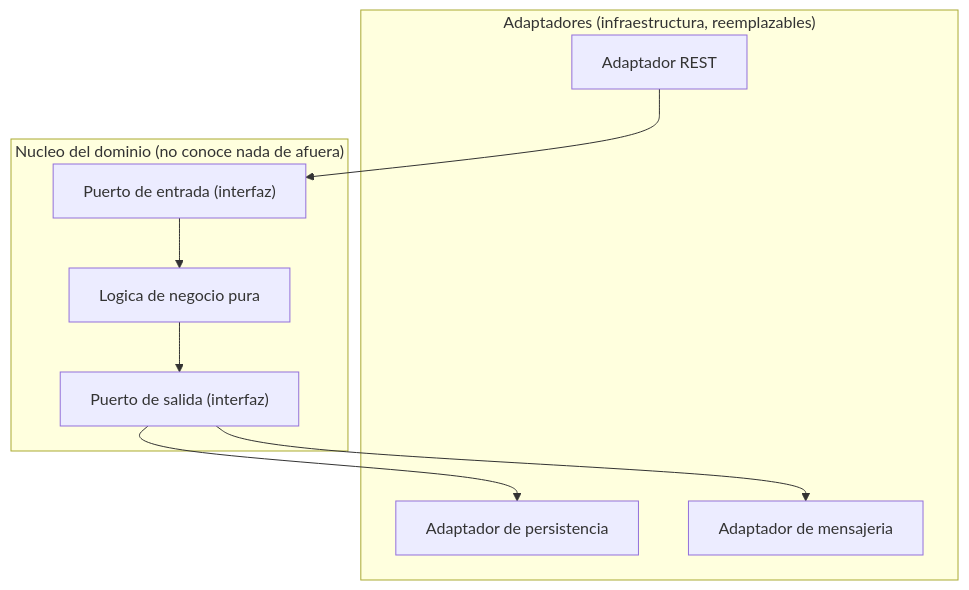
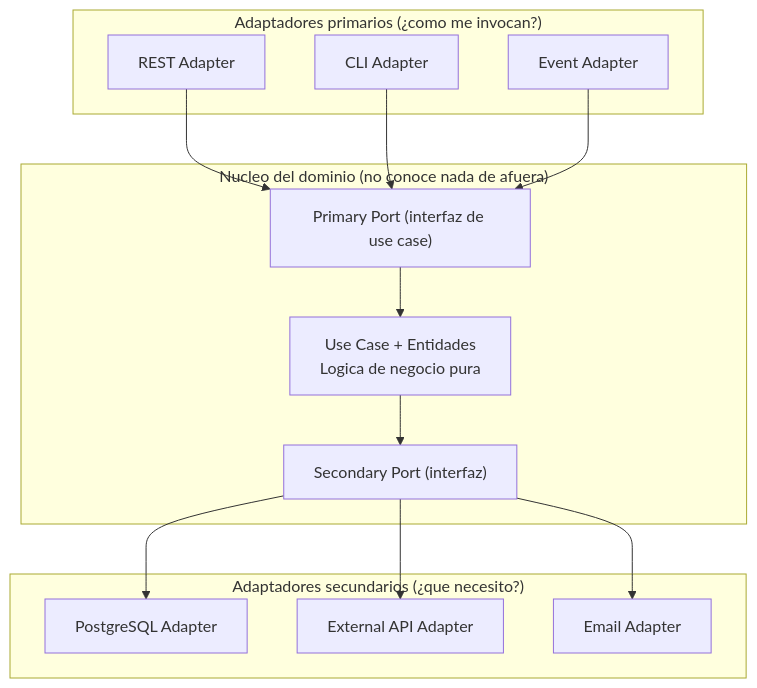
One commit to 262ciclo4/bomerp changed the sixth of 16 diagrams in docs/ads/sesiones/S04_Arquitecturas_Modernas.md. Above: the diagram before and after it, drawn with Mermaid. The commit also changed other lines of this file, not shown here.

````diff
--- a/docs/ads/sesiones/S04_Arquitecturas_Modernas.md
+++ b/docs/ads/sesiones/S04_Arquitecturas_Modernas.md
@@ -219,18 +219,26 @@
 ```mermaid
 flowchart TB
-    subgraph Adaptadores["Adaptadores (infraestructura, reemplazables)"]
-        RestAdapter["Adaptador REST"]
-        DbAdapter["Adaptador de persistencia"]
-        MsgAdapter["Adaptador de mensajeria"]
+    subgraph Primarios["Adaptadores primarios (¿como me invocan?)"]
+        RestAdapter["REST Adapter"]
+        CliAdapter["CLI Adapter"]
+        EventAdapter["Event Adapter"]
     end
-    subgraph Core["Nucleo del dominio (no conoce nada de afuera)"]
-        Puerto1["Puerto de entrada (interfaz)"]
-        Logica["Logica de negocio pura"]
-        Puerto2["Puerto de salida (interfaz)"]
-        Puerto1 --> Logica --> Puerto2
+    subgraph Dominio["Nucleo del dominio (no conoce nada de afuera)"]
+        PrimaryPort["Primary Port (interfaz de use case)"]
+        UseCase["Use Case + Entidades<br/>Logica de negocio pura"]
+        SecondaryPort["Secondary Port (interfaz)"]
+        PrimaryPort --> UseCase --> SecondaryPort
+    end
+    subgraph Secundarios["Adaptadores secundarios (¿que necesito?)"]
+        DbAdapter["PostgreSQL Adapter"]
+        ApiAdapter["External API Adapter"]
+        EmailAdapter["Email Adapter"]
     end
 
-    RestAdapter --> Puerto1
-    Puerto2 --> DbAdapter
-    Puerto2 --> MsgAdapter
+    RestAdapter --> PrimaryPort
+    CliAdapter --> PrimaryPort
+    EventAdapter --> PrimaryPort
+    SecondaryPort --> DbAdapter
+    SecondaryPort --> ApiAdapter
+    SecondaryPort --> EmailAdapter
 ```
````
